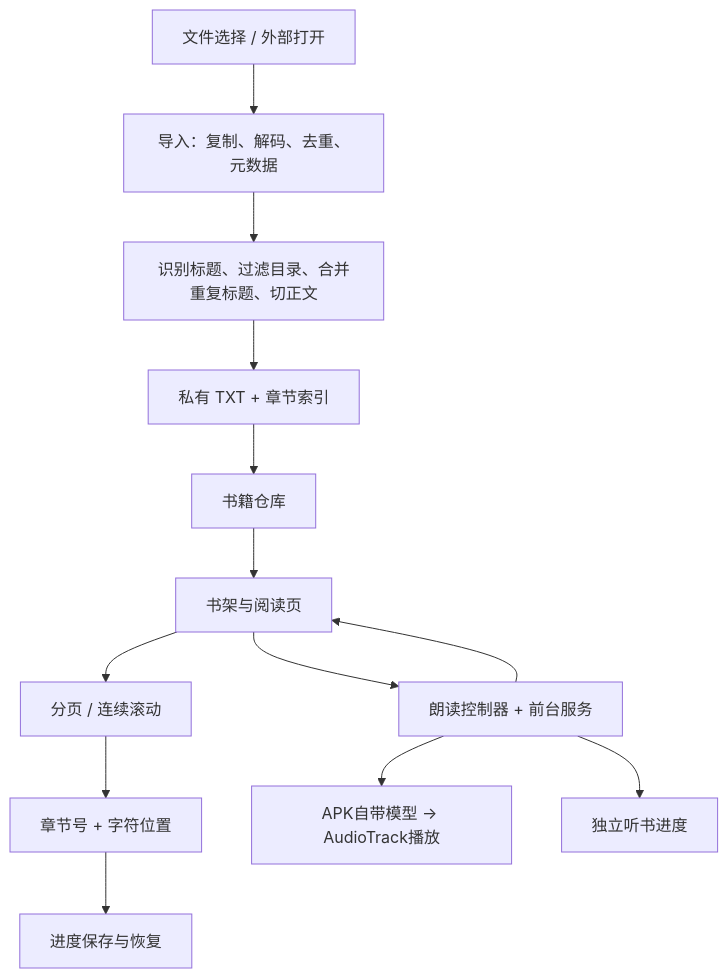
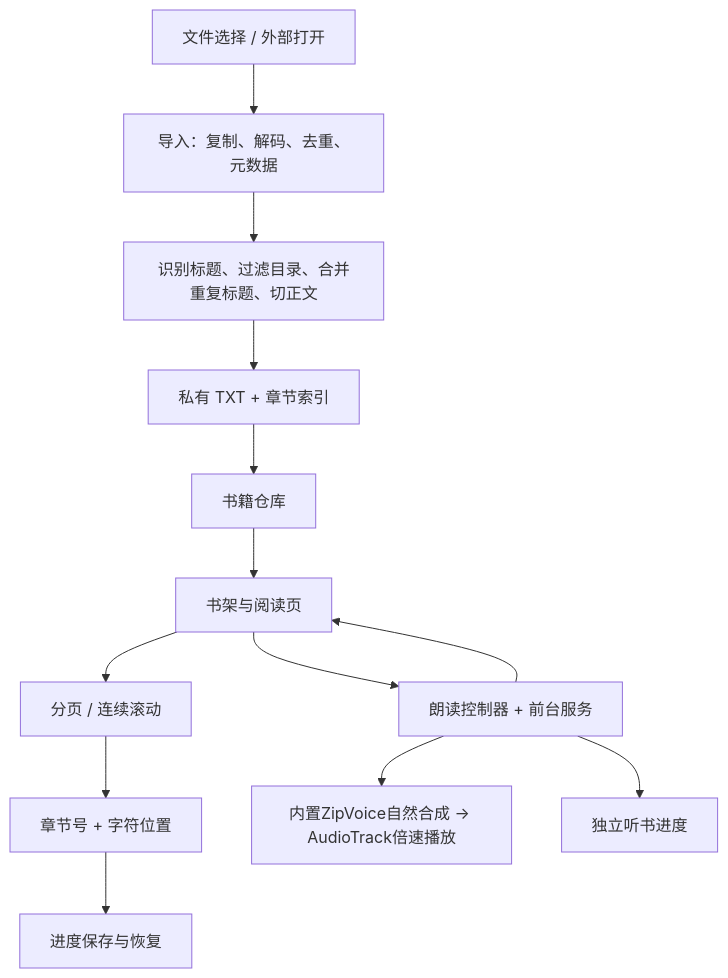
The diagram in docs/current-state.md (longerlsx/story_app), drawn with Mermaid before and after one commit. The commit also changed other lines of this file and 75 other files, not shown here.

````diff
--- a/docs/current-state.md
+++ b/docs/current-state.md
@@ -53,15 +65,15 @@
 ```mermaid
 flowchart TD
     A[文件选择 / 外部打开] --> B[导入：复制、解码、去重、元数据]
     B --> C[识别标题、过滤目录、合并重复标题、切正文]
     C --> D[私有 TXT + 章节索引]
     D --> E[书籍仓库]
     E --> F[书架与阅读页]
     F --> G[分页 / 连续滚动]
     G --> H[章节号 + 字符位置]
     H --> I[进度保存与恢复]
     F --> J[朗读控制器 + 前台服务]
-    J --> K[APK自带模型 → AudioTrack播放]
+    J --> K[内置ZipVoice自然合成 → AudioTrack倍速播放]
     J --> L[独立听书进度]
     J --> F
 ```
````
